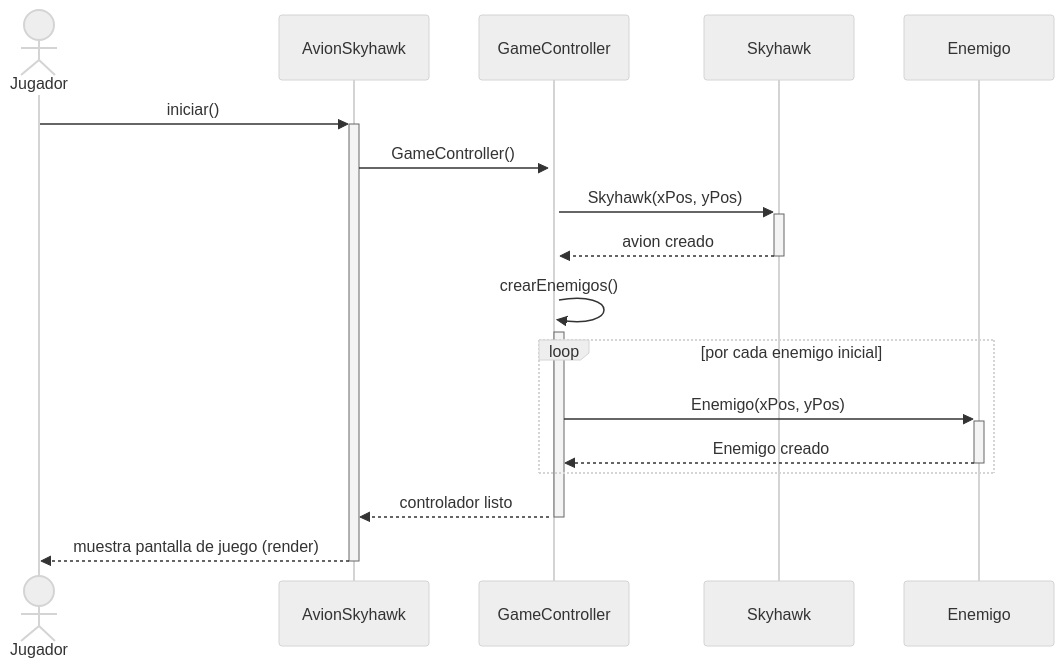
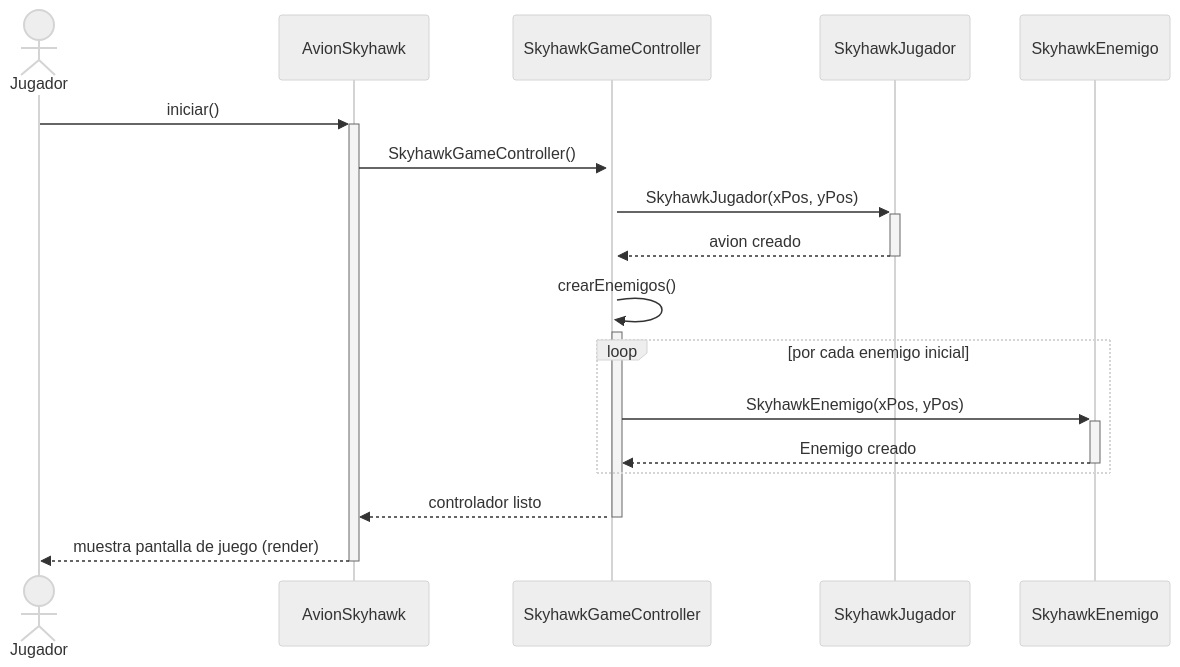
Before and after one commit to chiaraarego/Grupo-2---Skyhawk: the first of 6 diagrams in Diagramas/diagram_Secuencias_Actualizados.md, drawn with Mermaid (neutral theme).

Commit message:
Update sequence diagram for game controller interactions

````diff
--- a/Diagramas/diagram_Secuencias_Actualizados.md
+++ b/Diagramas/diagram_Secuencias_Actualizados.md
@@ -6,32 +6,32 @@
 ```mermaid
 sequenceDiagram
     actor Jugador
 
     participant AvionSkyhawk
-    participant GameController
-    participant Skyhawk
-    participant Enemigo
+    participant SkyhawkGameController
+    participant SkyhawkJugador
+    participant SkyhawkEnemigo
 
     Jugador ->> +AvionSkyhawk : iniciar()
 
     %% Crea el controlador del juego
-    AvionSkyhawk ->> +GameController : GameController()
+    AvionSkyhawk ->> +SkyhawkGameController : SkyhawkGameController()
 
     %% El controlador crea al avión del jugador
-    GameController ->> +Skyhawk : Skyhawk(xPos, yPos)
-    Skyhawk -->> -GameController : avion creado
+    SkyhawkGameController ->> +SkyhawkJugador : SkyhawkJugador(xPos, yPos)
+    SkyhawkJugador -->> -SkyhawkGameController : avion creado
 
     %% El controlador se auto-llama para crear la horda de enemigos
-    GameController ->> +GameController : crearEnemigos()
+    SkyhawkGameController ->> +SkyhawkGameController : crearEnemigos()
 
     loop por cada enemigo inicial
-        GameController ->> +Enemigo : Enemigo(xPos, yPos)
-        Enemigo -->> -GameController : Enemigo creado
+        SkyhawkGameController ->> +SkyhawkEnemigo : SkyhawkEnemigo(xPos, yPos)
+        SkyhawkEnemigo -->> -SkyhawkGameController : Enemigo creado
     end
 
     %% Van cerrándose ordenadamente las ejecuciones abiertas de atrás hacia adelante
-    GameController -->> -AvionSkyhawk : controlador listo
+    SkyhawkGameController -->> -AvionSkyhawk : controlador listo
     
     %% RESPUESTA FINAL AL JUGADOR:
     AvionSkyhawk -->> -Jugador : muestra pantalla de juego (render)
 ```
````
